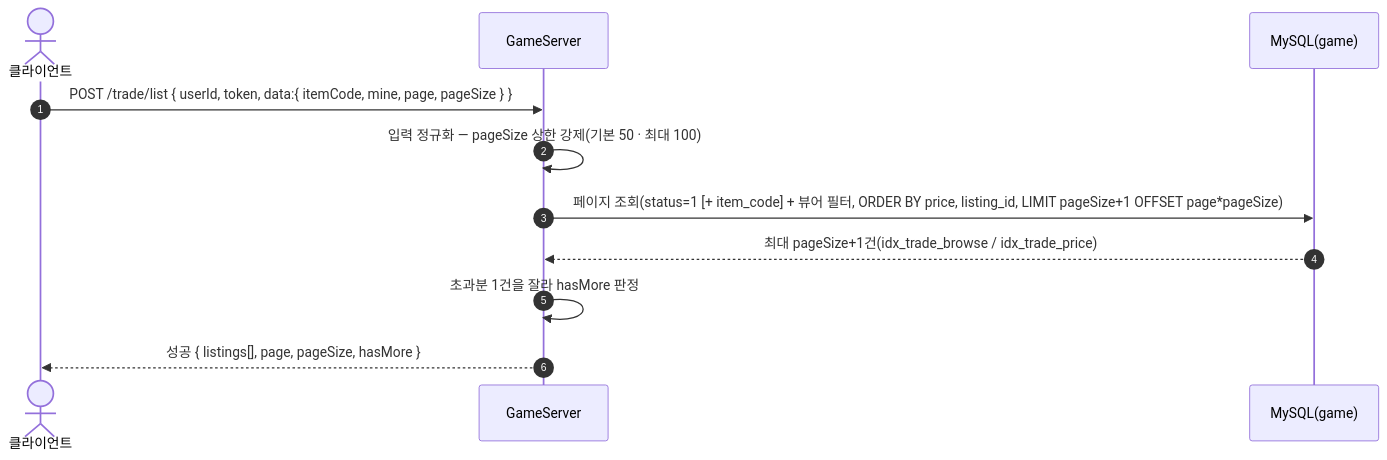
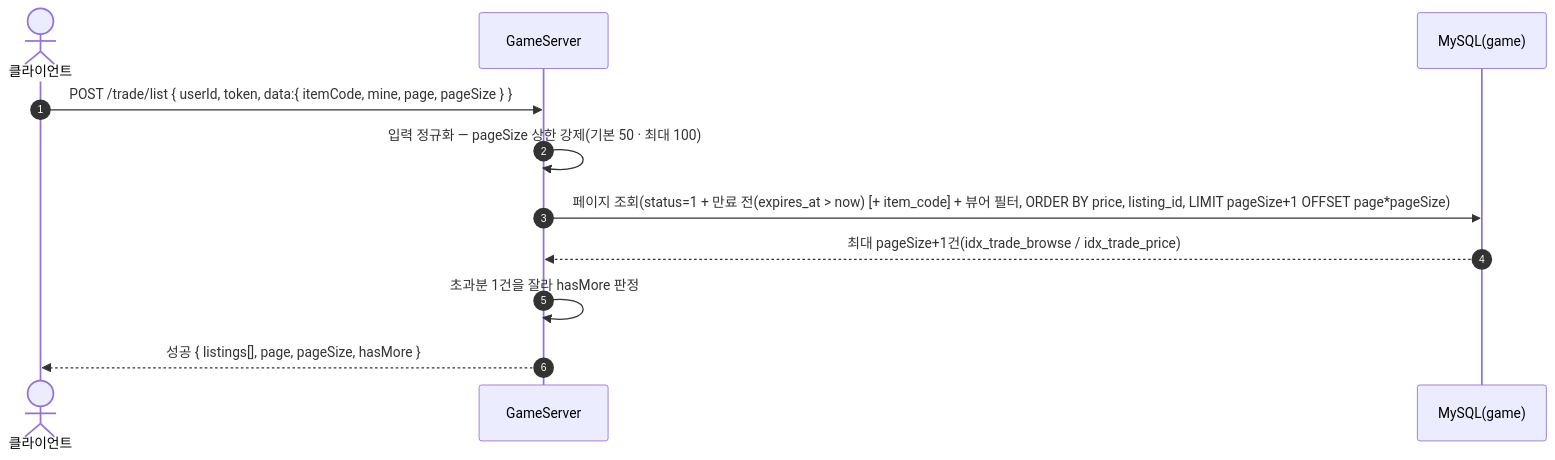
Diagram 26 of 39 in SequenceDiagram/README.md (ks-wook/com2us-taskbar-hero), drawn with Mermaid before and after one commit. The commit also changed other lines of this file and 7 other files, not shown here.

````diff
--- a/SequenceDiagram/README.md
+++ b/SequenceDiagram/README.md
@@ -818,14 +818,14 @@
 ```mermaid
 sequenceDiagram
     autonumber
     actor C as 클라이언트
     participant S as GameServer
     participant DB as MySQL(game)
 
     C->>S: POST /trade/list { userId, token, data:{ itemCode, mine, page, pageSize } }
     S->>S: 입력 정규화 — pageSize 상한 강제(기본 50 · 최대 100)
-    S->>DB: 페이지 조회(status=1 [+ item_code] + 뷰어 필터, ORDER BY price, listing_id, LIMIT pageSize+1 OFFSET page*pageSize)
+    S->>DB: 페이지 조회(status=1 + 만료 전(expires_at > now) [+ item_code] + 뷰어 필터, ORDER BY price, listing_id, LIMIT pageSize+1 OFFSET page*pageSize)
     DB-->>S: 최대 pageSize+1건(idx_trade_browse / idx_trade_price)
     S->>S: 초과분 1건을 잘라 hasMore 판정
     S-->>C: 성공 { listings[], page, pageSize, hasMore }
 ```
````
